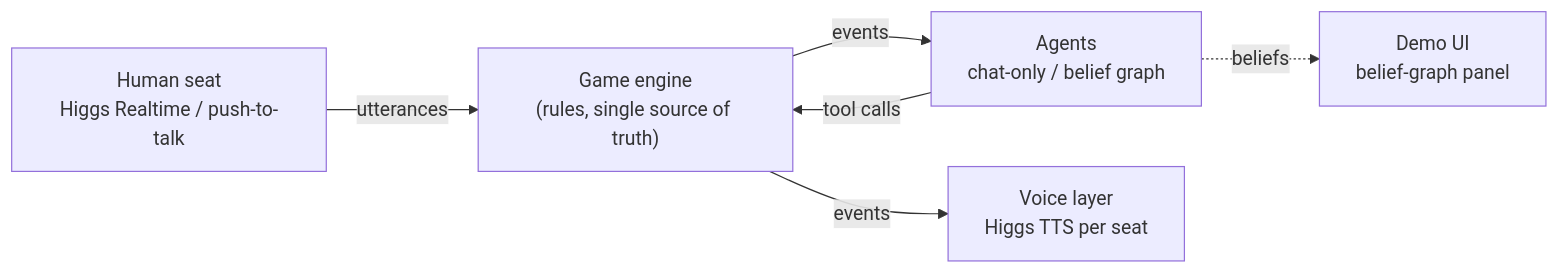
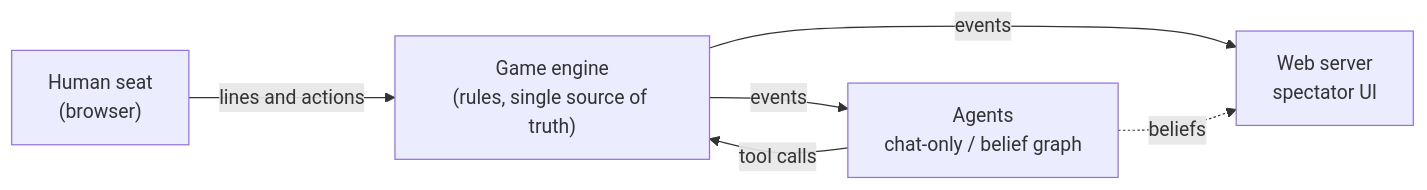
Before and after one commit to Cosmo-Wen/AvalonBot: the diagram in README.md, drawn with Mermaid. The commit also changed other lines of this file and 8 other files, not shown here.

````diff
--- a/README.md
+++ b/README.md
@@ -27,8 +27,8 @@
 ```mermaid
 flowchart LR
   E["Game engine<br/>(rules, single source of truth)"] -- events --> A["Agents<br/>chat-only / belief graph"]
   A -- tool calls --> E
-  E -- events --> V["Voice layer<br/>Higgs TTS per seat"]
-  H["Human seat<br/>Higgs Realtime / push-to-talk"] -- utterances --> E
-  A -. beliefs .-> UI["Demo UI<br/>belief-graph panel"]
+  E -- events --> W["Web server<br/>spectator UI"]
+  H["Human seat<br/>(browser)"] -- lines and actions --> E
+  A -. beliefs .-> W
 ```
````
